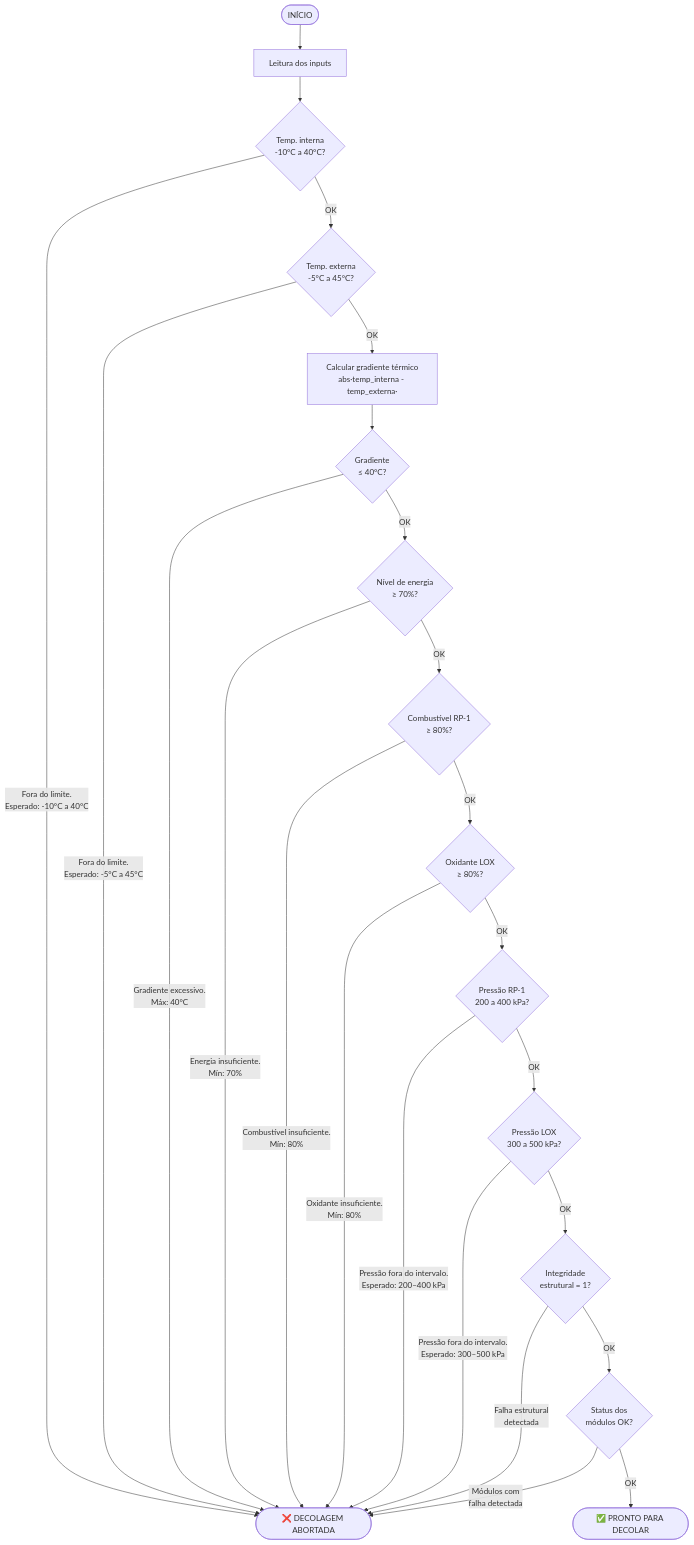
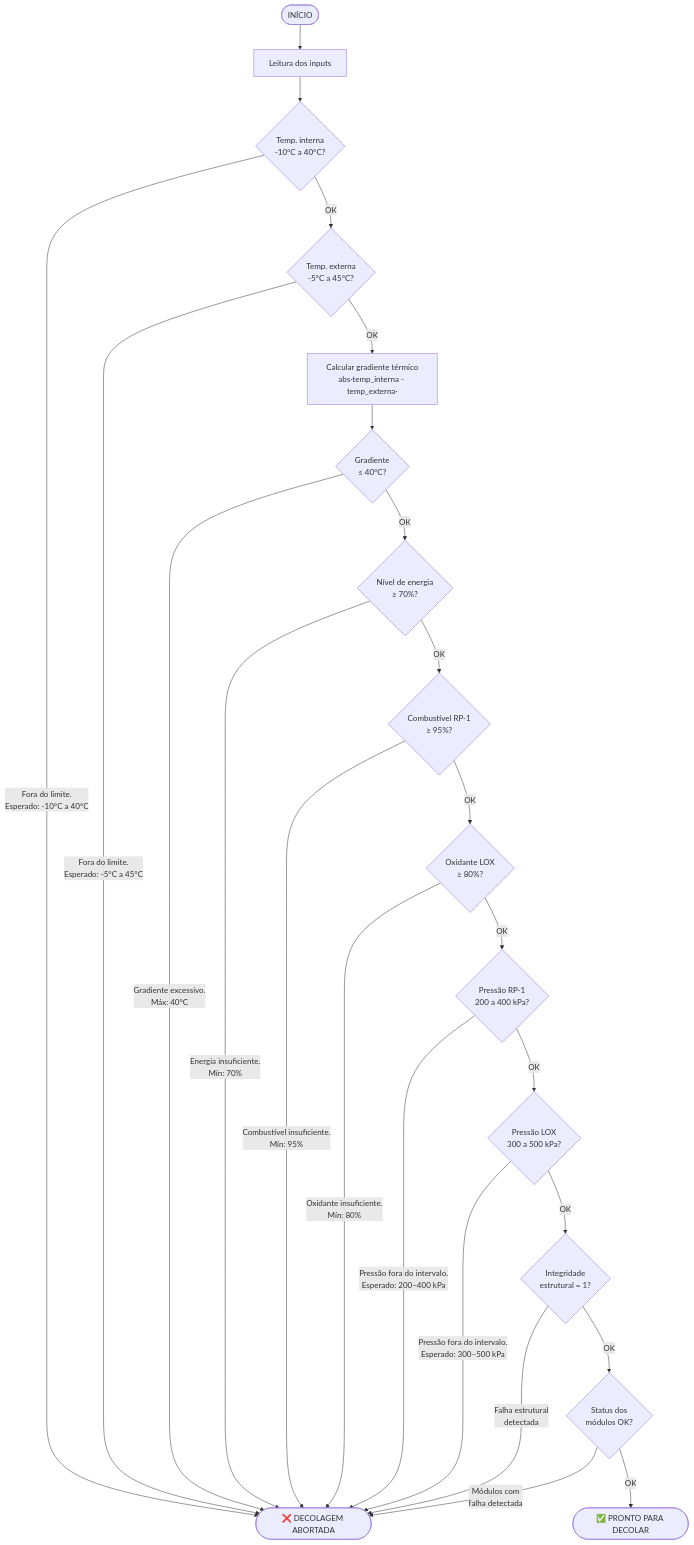
Before and after one commit to Aurora-Siger/Aurora-Siger: the diagram in README.md, drawn with Mermaid. The commit also changed other lines of this file and 5 other files, not shown here.

````diff
--- a/README.md
+++ b/README.md
@@ -44,29 +44,29 @@
 ```mermaid
 flowchart TD
     A([INÍCIO]) --> B[Leitura dos inputs]
     B --> C{Temp. interna\n-10°C a 40°C?}
     C -- "Fora do limite.\nEsperado: -10°C a 40°C" --> Z
     C -- OK --> D{Temp. externa\n-5°C a 45°C?}
     D -- "Fora do limite.\nEsperado: -5°C a 45°C" --> Z
     D -- OK --> E[Calcular gradiente térmico\nabs·temp_interna - temp_externa·]
     E --> F{Gradiente\n≤ 40°C?}
     F -- "Gradiente excessivo.\nMáx: 40°C" --> Z
     F -- OK --> G{Nível de energia\n≥ 70%?}
     G -- "Energia insuficiente.\nMín: 70%" --> Z
-    G -- OK --> H{Combustível RP-1\n≥ 80%?}
-    H -- "Combustível insuficiente.\nMín: 80%" --> Z
+    G -- OK --> H{Combustível RP-1\n≥ 95%?}
+    H -- "Combustível insuficiente.\nMín: 95%" --> Z
     H -- OK --> I{Oxidante LOX\n≥ 80%?}
     I -- "Oxidante insuficiente.\nMín: 80%" --> Z
     I -- OK --> J{Pressão RP-1\n200 a 400 kPa?}
     J -- "Pressão fora do intervalo.\nEsperado: 200–400 kPa" --> Z
     J -- OK --> J2{Pressão LOX\n300 a 500 kPa?}
     J2 -- "Pressão fora do intervalo.\nEsperado: 300–500 kPa" --> Z
     J2 -- OK --> K{Integridade\nestrutural = 1?}
     K -- "Falha estrutural\ndetectada" --> Z
     K -- OK --> L{Status dos\nmódulos OK?}
     L -- "Módulos com\nfalha detectada" --> Z
     L -- OK --> Y
 
     Y([✅ PRONTO PARA DECOLAR])
     Z([❌ DECOLAGEM ABORTADA])
 ```
````
